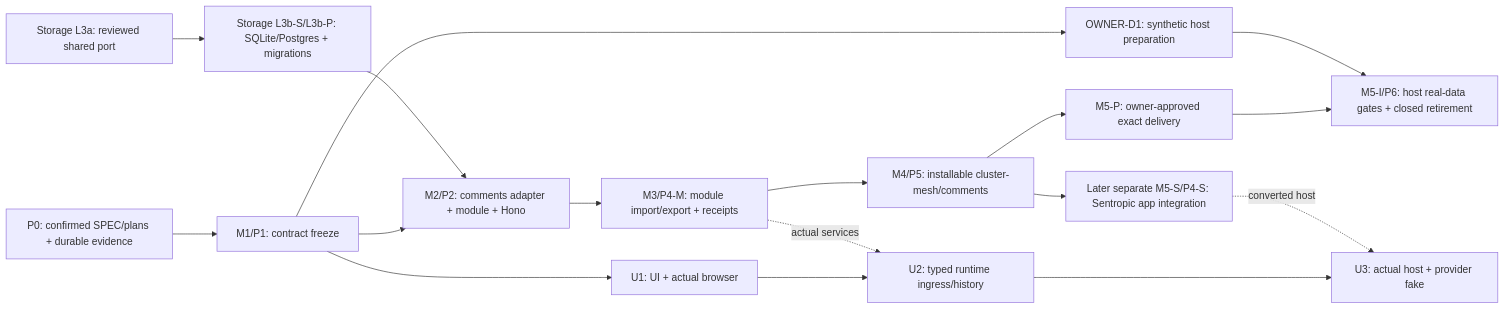
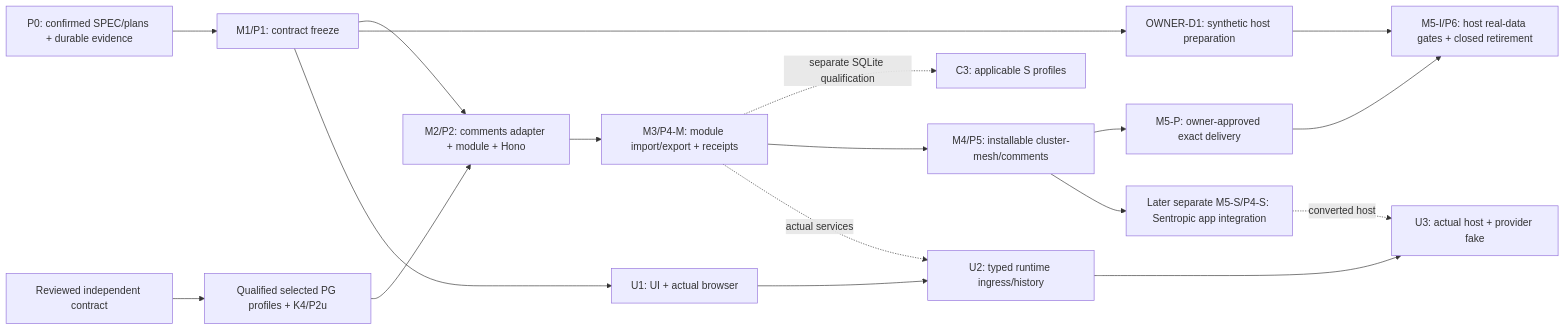
The diagram in docs/comments-annotations/plan/PLAN_COMMENTS_ANNOTATIONS.md (rhanka/sentropic), drawn with Mermaid before and after one commit. The commit also changed other lines of this file and 2 other files, not shown here.

Commit message:
docs: align comments milestones with selected Postgres gates

````diff
--- a/docs/comments-annotations/plan/PLAN_COMMENTS_ANNOTATIONS.md
+++ b/docs/comments-annotations/plan/PLAN_COMMENTS_ANNOTATIONS.md
@@ -103,19 +103,20 @@
 ```mermaid
 flowchart LR
     P0["P0: confirmed SPEC/plans + durable evidence"] --> M1["M1/P1: contract freeze"]
     M1 --> M2["M2/P2: comments adapter + module + Hono"]
-    L3A["Storage L3a: reviewed shared port"] --> L3B["Storage L3b-S/L3b-P: SQLite/Postgres + migrations"]
-    L3B --> M2
+    L3A["Reviewed independent contract"] --> PG["Qualified selected PG profiles + K4/P2u"]
+    PG --> M2
+    M3 -. "separate SQLite qualification" .-> C3["C3: applicable S profiles"]
     M2 --> M3["M3/P4-M: module import/export + receipts"]
     M3 --> M4["M4/P5: installable cluster-mesh/comments"]
     M4 --> MP["M5-P: owner-approved exact delivery"]
     MP --> MI["M5-I/P6: host real-data gates + closed retirement"]
     M1 --> HP["OWNER-D1: synthetic host preparation"]
     HP --> MI
     M4 --> MS["Later separate M5-S/P4-S: Sentropic app integration"]
     M1 --> U1["U1: UI + actual browser"]
     U1 --> U2["U2: typed runtime ingress/history"]
     M3 -. "actual services" .-> U2
     U2 --> U3["U3: actual host + provider fake"]
     MS -. "converted host" .-> U3
 ```
````
